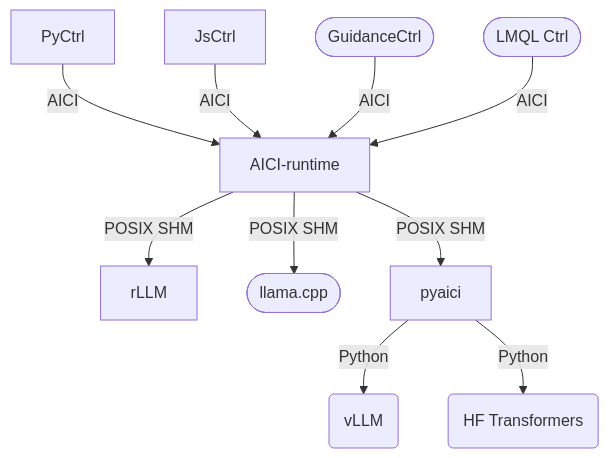
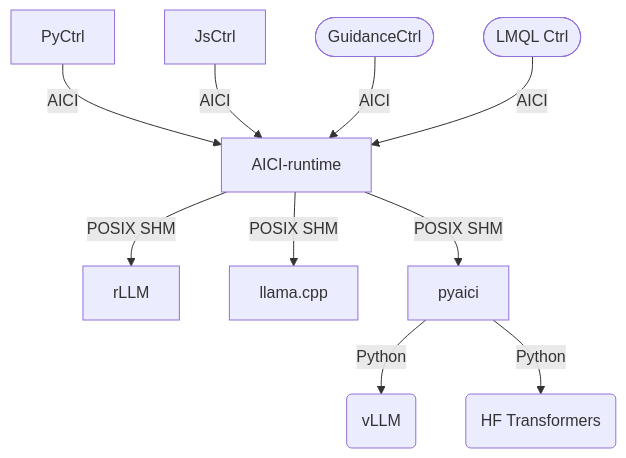
One commit to microsoft/aici changed the diagram in README.md. Above: the diagram before and after it, drawn with Mermaid. The commit also changed other lines of this file, not shown here.

````diff
--- a/README.md
+++ b/README.md
@@ -57,12 +59,12 @@
 ```mermaid
 graph TD
     PyCtrl -- AICI --> aicirt[AICI-runtime]
     JsCtrl -- AICI --> aicirt
     guidance([GuidanceCtrl]) -- AICI --> aicirt
     lmql([LMQL Ctrl]) -- AICI --> aicirt
     aicirt -- POSIX SHM --> rLLM
-    aicirt -- POSIX SHM --> llama([llama.cpp])
+    aicirt -- POSIX SHM --> llama[llama.cpp]
     aicirt -- POSIX SHM --> pyaici
     pyaici -- Python --> vLLM(vLLM)
     pyaici -- Python --> hf(HF Transformers)
 ```
````
